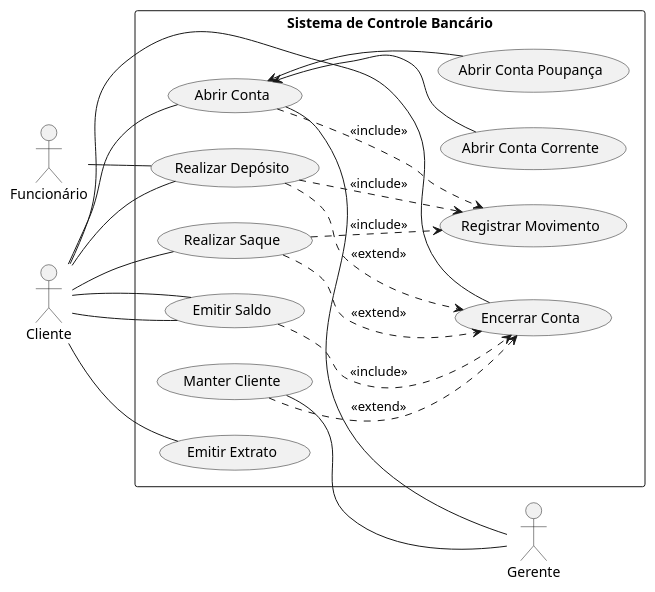
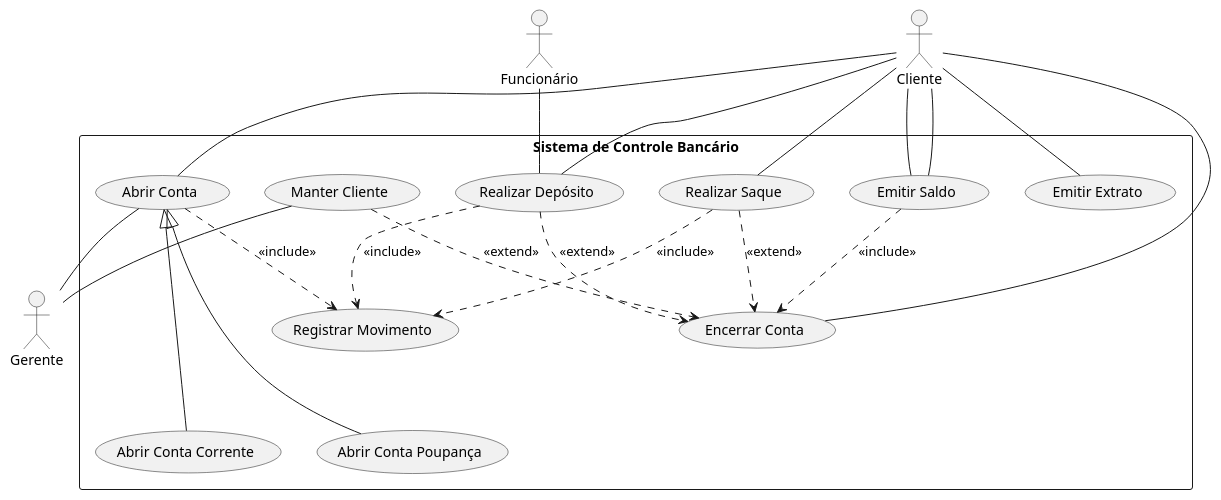
One commit to LeonardoVieiraGuimaraes/OrientacaoObjetos changed the diagram in ModelagemCasoUso/SistemaControleBancario.puml. Above: the diagram before and after it, drawn with PlantUML.

Commit message:
Changes to be committed: 	modified:   ModelagemCasoUso/SistemaControleBancario.puml

```diff
--- a/ModelagemCasoUso/SistemaControleBancario.puml
+++ b/ModelagemCasoUso/SistemaControleBancario.puml
@@ -1,58 +1,58 @@
 @startuml Banco
 
 
 
 actor "Cliente" as Cliente
 actor "Funcionário" as Funcionario
 actor "Gerente" as Gerente
-left to right direction
+
     rectangle "Sistema de Controle Bancário" {
         usecase "Abrir Conta" as AbrirConta
         usecase "Abrir Conta Corrente" as AbrirContaCorrente
         usecase "Abrir Conta Poupança" as AbrirContaPoupança
         usecase "Manter Cliente" as ManterCliente
         usecase "Realizar Depósito" as RealizarDeposito
         usecase "Realizar Saque" as RealizarSaque
         usecase "Emitir Saldo" as EmitirSaldo
         usecase "Emitir Extrato" as EmitirExtrato
         usecase "Encerrar Conta" as EncerrarConta        
         usecase "Registrar Movimento" as RegistrarMovimento
 
         :Cliente: -- (AbrirConta)
         :Cliente: -- (EmitirExtrato)
         :Cliente: -- (EncerrarConta)
         :Cliente: -- (RealizarDeposito)
         :Cliente: -- (RealizarSaque)
         :Cliente: -- (EmitirSaldo)
         :Cliente: -- (EmitirSaldo)
         
         (AbrirConta) - :Gerente:
         (ManterCliente)  -- :Gerente:
             
         :Funcionario: -- (RealizarDeposito)
         
        
 
-        (AbrirConta) <-- (AbrirContaCorrente) 
-        (AbrirConta) <-- (AbrirContaPoupança)
+        (AbrirConta) <|--down- (AbrirContaCorrente) 
+        (AbrirConta) <|--down- (AbrirContaPoupança)
         (RealizarSaque) ..> (EncerrarConta): <<extend>>
         (RealizarDeposito) ..> (EncerrarConta): <<extend>>
         (EmitirSaldo) ..> (EncerrarConta): <<include>>
         (ManterCliente) ..> (EncerrarConta): <<extend>>
 
 
        
         (AbrirConta) ..> (RegistrarMovimento): <<include>>
         (RealizarDeposito) ..> (RegistrarMovimento): <<include>>
         (RealizarSaque) ..> (RegistrarMovimento): <<include>>
 
 
 
        
       
        
         
 
     }
 }
 @enduml
```
